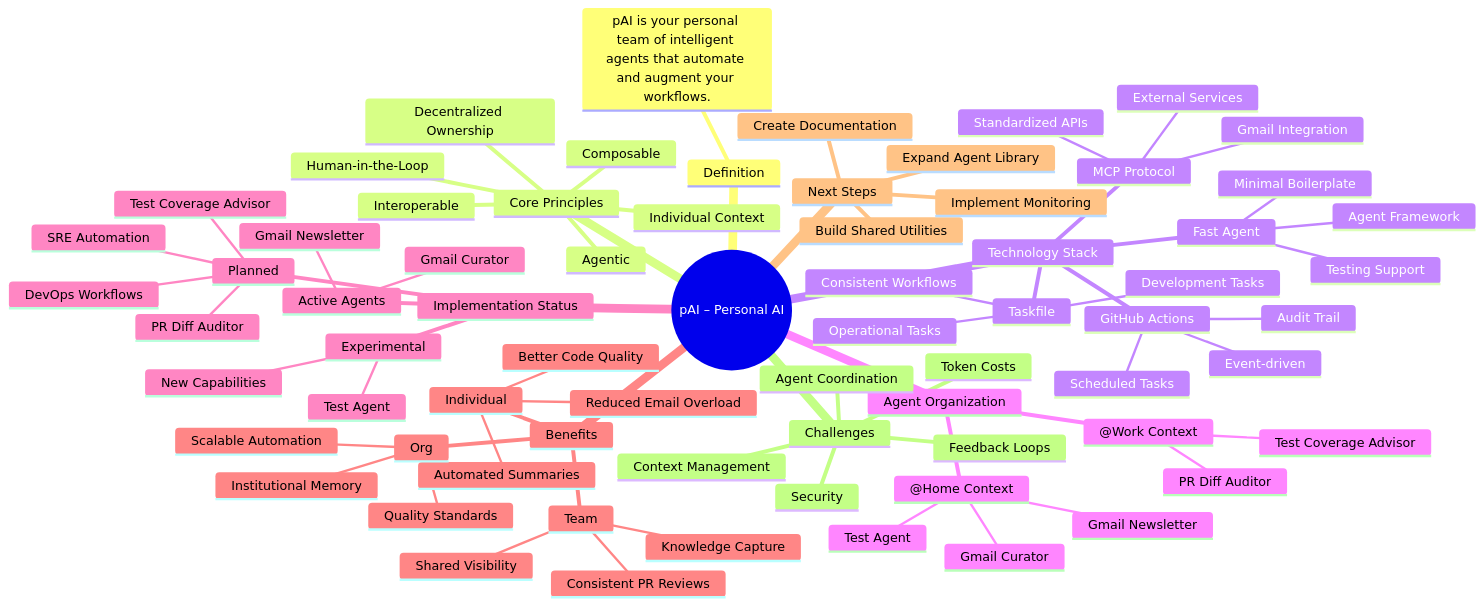
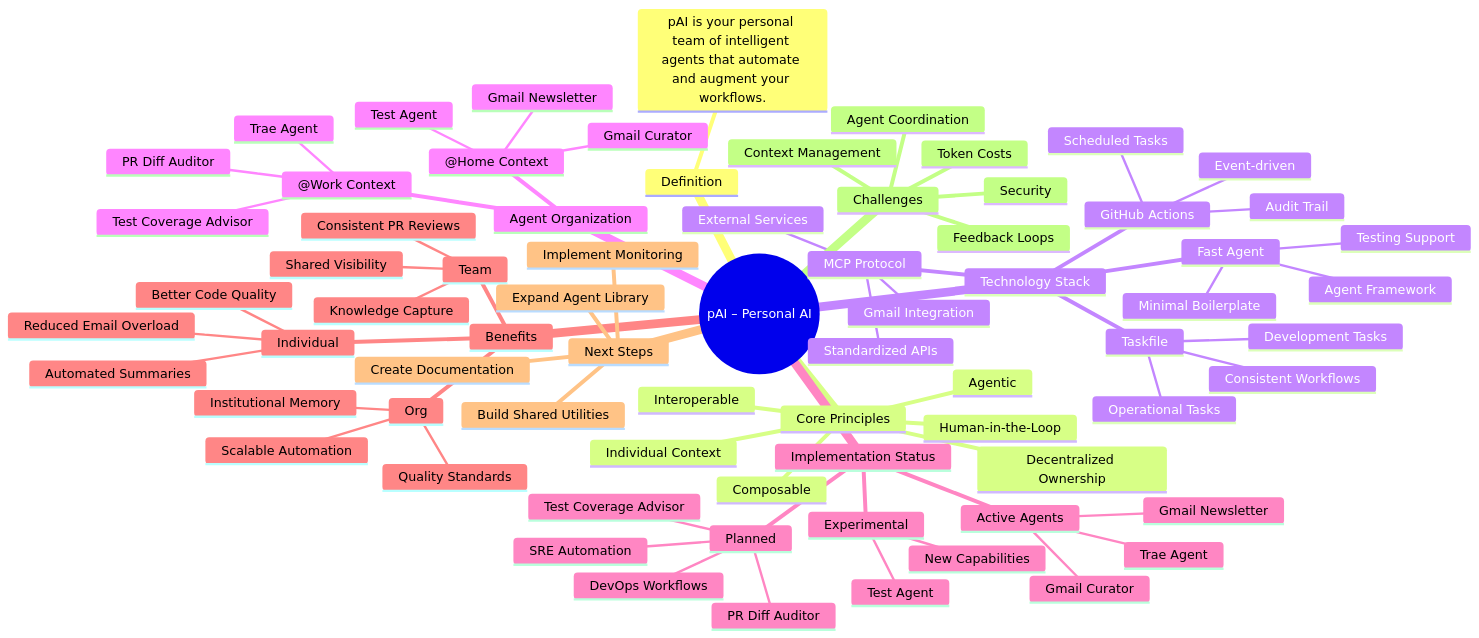
The diagram in README.md (o3-cloud/pAI), drawn with Mermaid before and after one commit. The commit also changed other lines of this file and 1 other file, not shown here.

First line of the commit message:
feat: add trae-agent GitHub Actions workflow integration

```diff
--- a/README.md
+++ b/README.md
@@ -40,6 +40,7 @@
         Gmail Newsletter
         Test Agent
       @Work Context
+        Trae Agent
         PR Diff Auditor
         Test Coverage Advisor
 
@@ -47,6 +48,7 @@
       Active Agents
         Gmail Curator
         Gmail Newsletter
+        Trae Agent
       Experimental
         Test Agent
         New Capabilities
```
